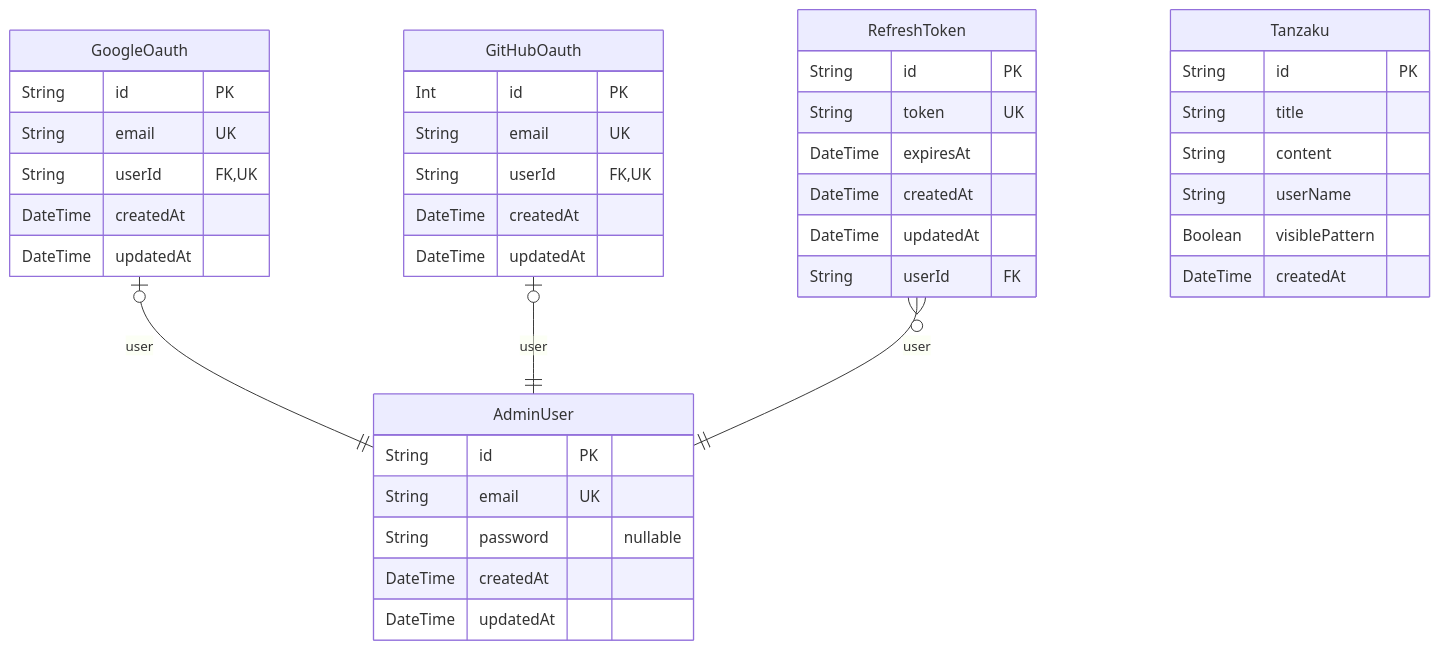
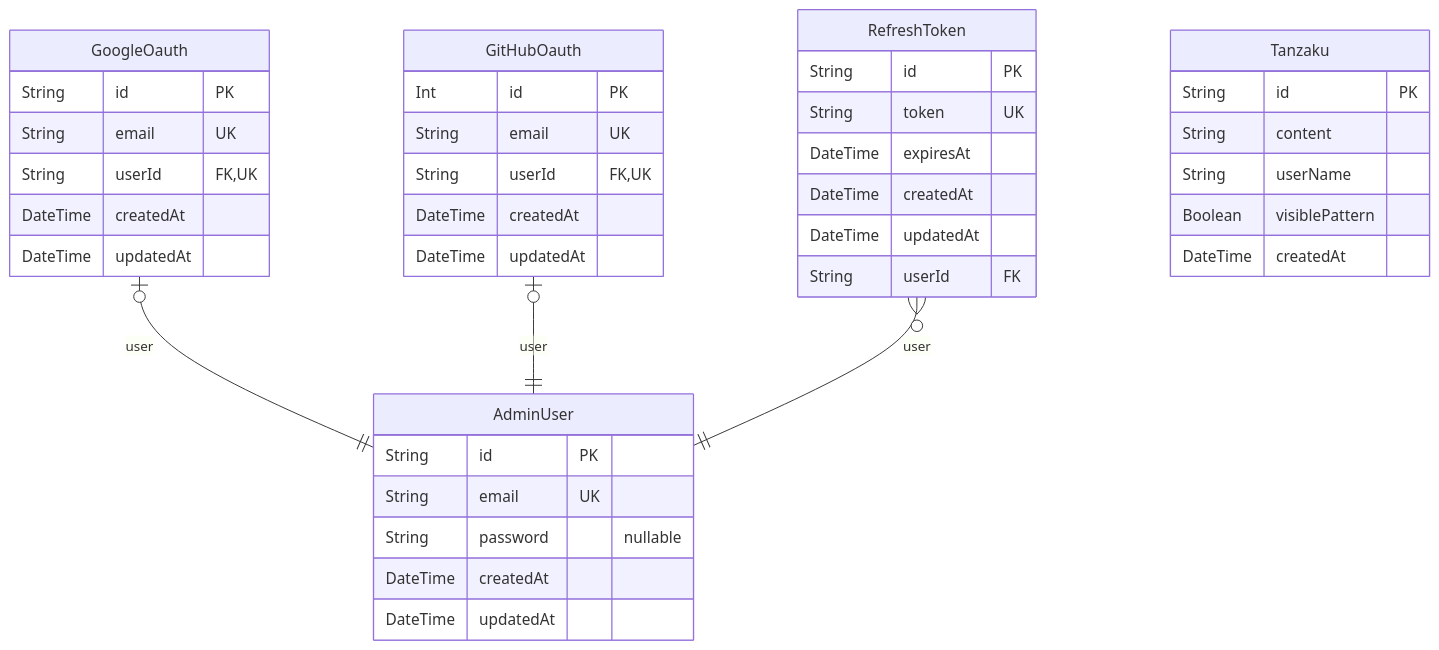
The diagram in docs/ERD.md (itl-marubu/tanzakuv2), drawn with Mermaid before and after one commit. The commit also changed other lines of this file and 11 other files, not shown here.

````diff
--- a/docs/ERD.md
+++ b/docs/ERD.md
@@ -7,43 +7,42 @@
 ```mermaid
 erDiagram
 "AdminUser" {
   String id PK
   String email UK
   String password "nullable"
   DateTime createdAt
   DateTime updatedAt
 }
 "GoogleOauth" {
   String id PK
   String email UK
   String userId FK,UK
   DateTime createdAt
   DateTime updatedAt
 }
 "GitHubOauth" {
   Int id PK
   String email UK
   String userId FK,UK
   DateTime createdAt
   DateTime updatedAt
 }
 "RefreshToken" {
   String id PK
   String token UK
   DateTime expiresAt
   DateTime createdAt
   DateTime updatedAt
   String userId FK
 }
 "Tanzaku" {
   String id PK
-  String title
   String content
   String userName
   Boolean visiblePattern
   DateTime createdAt
 }
 "GoogleOauth" |o--|| "AdminUser" : user
 "GitHubOauth" |o--|| "AdminUser" : user
 "RefreshToken" }o--|| "AdminUser" : user
 ```
````
